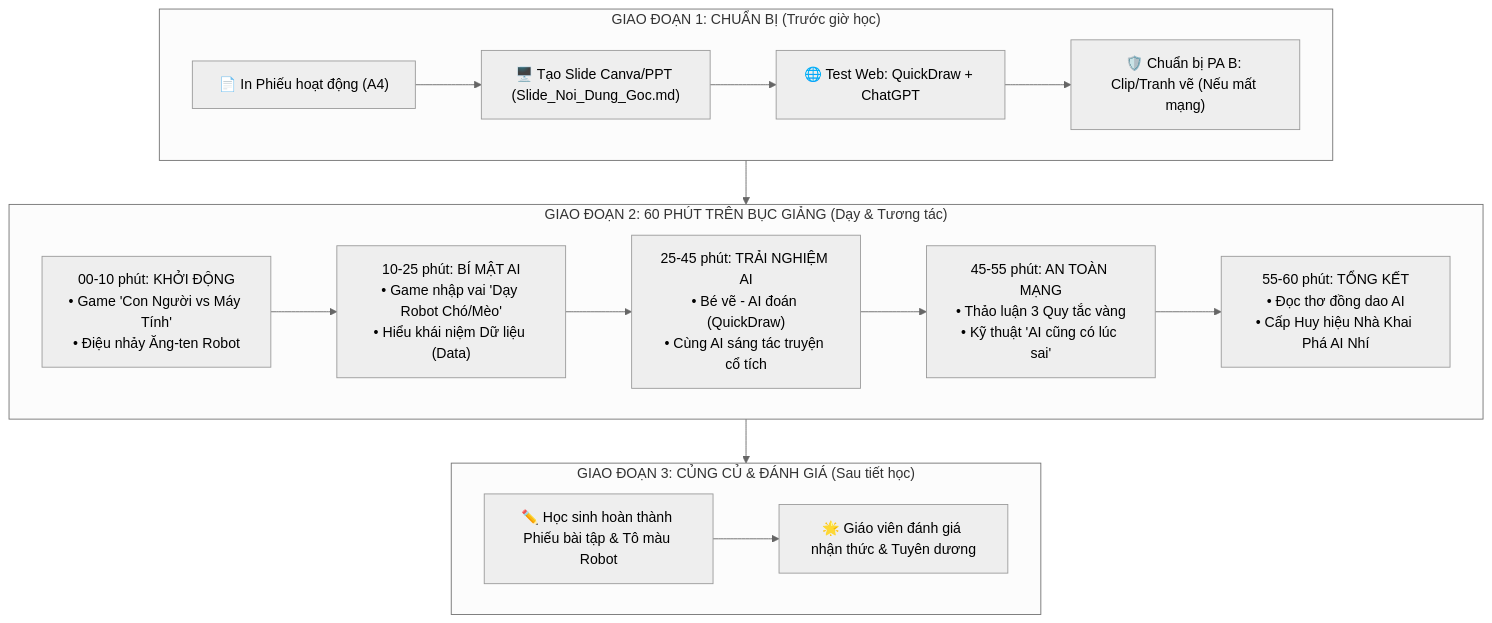
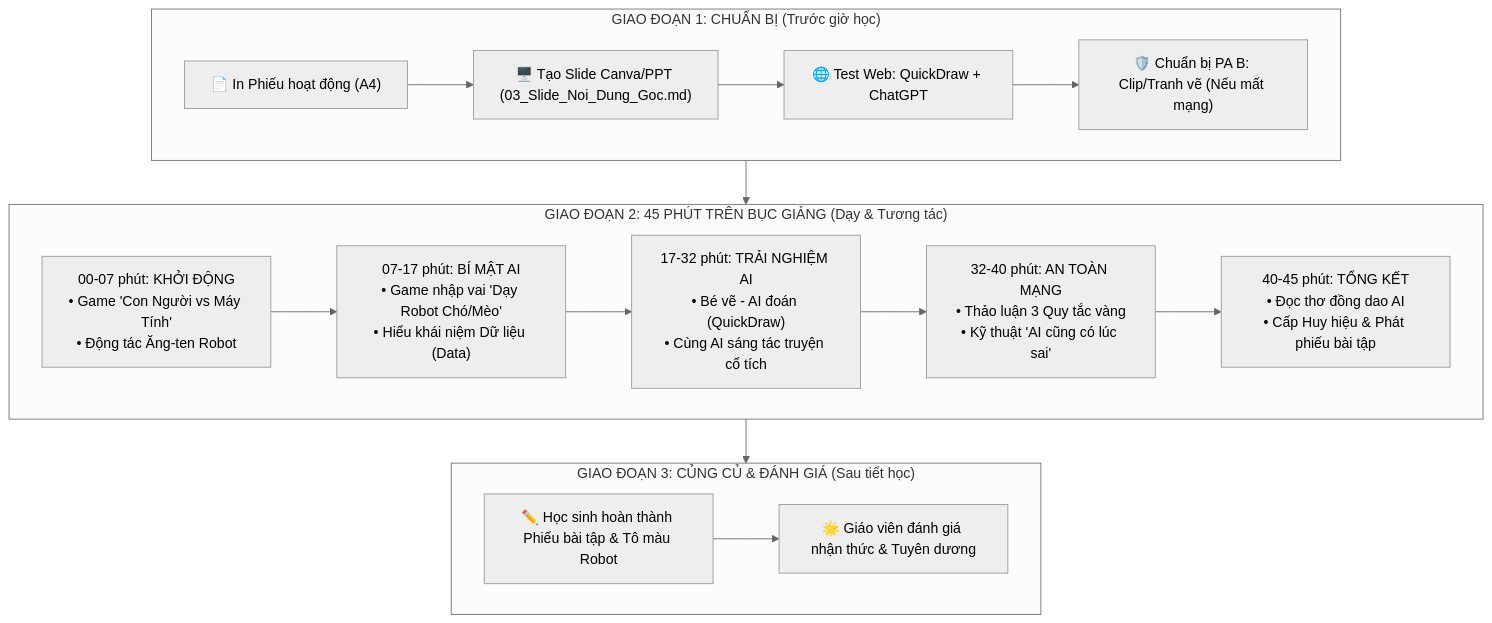
Before and after one commit to tranvanlong1999/AI: the diagram in 02_Bai_Giang_AI_Cho_Hoc_Sinh_Tieu_Hoc.md, drawn with Mermaid (neutral theme). The commit also changed other lines of this file and 2 other files, not shown here.

````diff
--- a/02_Bai_Giang_AI_Cho_Hoc_Sinh_Tieu_Hoc.md
+++ b/02_Bai_Giang_AI_Cho_Hoc_Sinh_Tieu_Hoc.md
@@ -9,22 +9,22 @@
 ```mermaid
 flowchart TD
     subgraph STAGE1 ["GIAO ĐOẠN 1: CHUẨN BỊ (Trước giờ học)"]
-        A1["📄 In Phiếu hoạt động (A4)"] --> A2["🖥️ Tạo Slide Canva/PPT (Slide_Noi_Dung_Goc.md)"]
+        A1["📄 In Phiếu hoạt động (A4)"] --> A2["🖥️ Tạo Slide Canva/PPT (03_Slide_Noi_Dung_Goc.md)"]
         A2 --> A3["🌐 Test Web: QuickDraw + ChatGPT"]
         A3 --> A4["🛡️ Chuẩn bị PA B: Clip/Tranh vẽ (Nếu mất mạng)"]
     end
 
-    subgraph STAGE2 ["GIAO ĐOẠN 2: 60 PHÚT TRÊN BỤC GIẢNG (Dạy & Tương tác)"]
-        B1["00-10 phút: KHỞI ĐỘNG\n• Game 'Con Người vs Máy Tính'\n• Điệu nhảy Ăng-ten Robot"] --> B2["10-25 phút: BÍ MẬT AI\n• Game nhập vai 'Dạy Robot Chó/Mèo'\n• Hiểu khái niệm Dữ liệu (Data)"]
-        B2 --> B3["25-45 phút: TRẢI NGHIỆM AI\n• Bé vẽ - AI đoán (QuickDraw)\n• Cùng AI sáng tác truyện cổ tích"]
-        B3 --> B4["45-55 phút: AN TOÀN MẠNG\n• Thảo luận 3 Quy tắc vàng\n• Kỹ thuật 'AI cũng có lúc sai'"]
-        B4 --> B5["55-60 phút: TỔNG KẾT\n• Đọc thơ đồng dao AI\n• Cấp Huy hiệu Nhà Khai Phá AI Nhí"]
+    subgraph STAGE2 ["GIAO ĐOẠN 2: 45 PHÚT TRÊN BỤC GIẢNG (Dạy & Tương tác)"]
+        B1["00-07 phút: KHỞI ĐỘNG\n• Game 'Con Người vs Máy Tính'\n• Động tác Ăng-ten Robot"] --> B2["07-17 phút: BÍ MẬT AI\n• Game nhập vai 'Dạy Robot Chó/Mèo'\n• Hiểu khái niệm Dữ liệu (Data)"]
+        B2 --> B3["17-32 phút: TRẢI NGHIỆM AI\n• Bé vẽ - AI đoán (QuickDraw)\n• Cùng AI sáng tác truyện cổ tích"]
+        B3 --> B4["32-40 phút: AN TOÀN MẠNG\n• Thảo luận 3 Quy tắc vàng\n• Kỹ thuật 'AI cũng có lúc sai'"]
+        B4 --> B5["40-45 phút: TỔNG KẾT\n• Đọc thơ đồng dao AI\n• Cấp Huy hiệu & Phát phiếu bài tập"]
     end
 
     subgraph STAGE3 ["GIAO ĐOẠN 3: CỦNG CỦ & ĐÁNH GIÁ (Sau tiết học)"]
         C1["✏️ Học sinh hoàn thành Phiếu bài tập & Tô màu Robot"] --> C2["🌟 Giáo viên đánh giá nhận thức & Tuyên dương"]
     end
 
     STAGE1 --> STAGE2
     STAGE2 --> STAGE3
 ```
````
